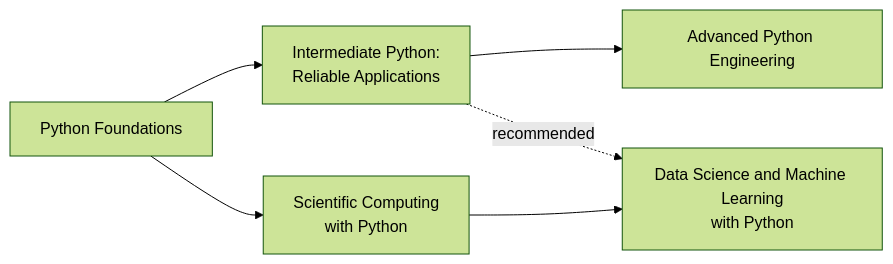
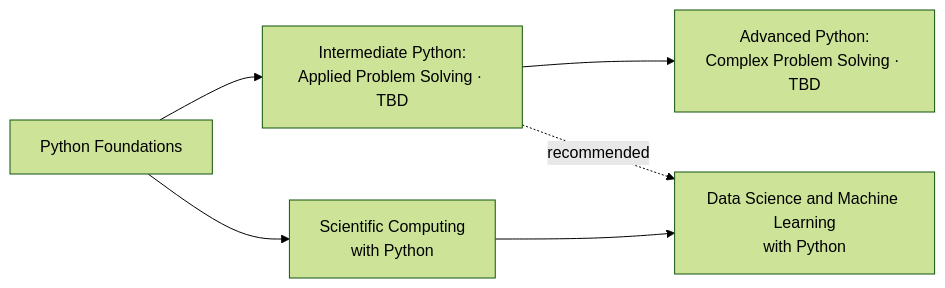
The diagram in docs/pathways/index.qmd (freecampus/python), drawn with Mermaid (forest theme) before and after one commit. The commit also changed other lines of this file and 74 other files, not shown here.

````diff
--- a/docs/pathways/index.qmd
+++ b/docs/pathways/index.qmd
@@ -45,13 +48,13 @@
 ```{mermaid}
 %%| echo: false
 %%| eval: true
 flowchart LR
   F[Python Foundations]
-  I[Intermediate Python:<br/>Reliable Applications]
-  A[Advanced Python Engineering]
+  I[Intermediate Python:<br/>Applied Problem Solving · TBD]
+  A[Advanced Python:<br/>Complex Problem Solving · TBD]
   S[Scientific Computing<br/>with Python]
   M[Data Science and Machine Learning<br/>with Python]
   F --> I --> A
   F --> S --> M
   I -. recommended .-> M
 ```
````
